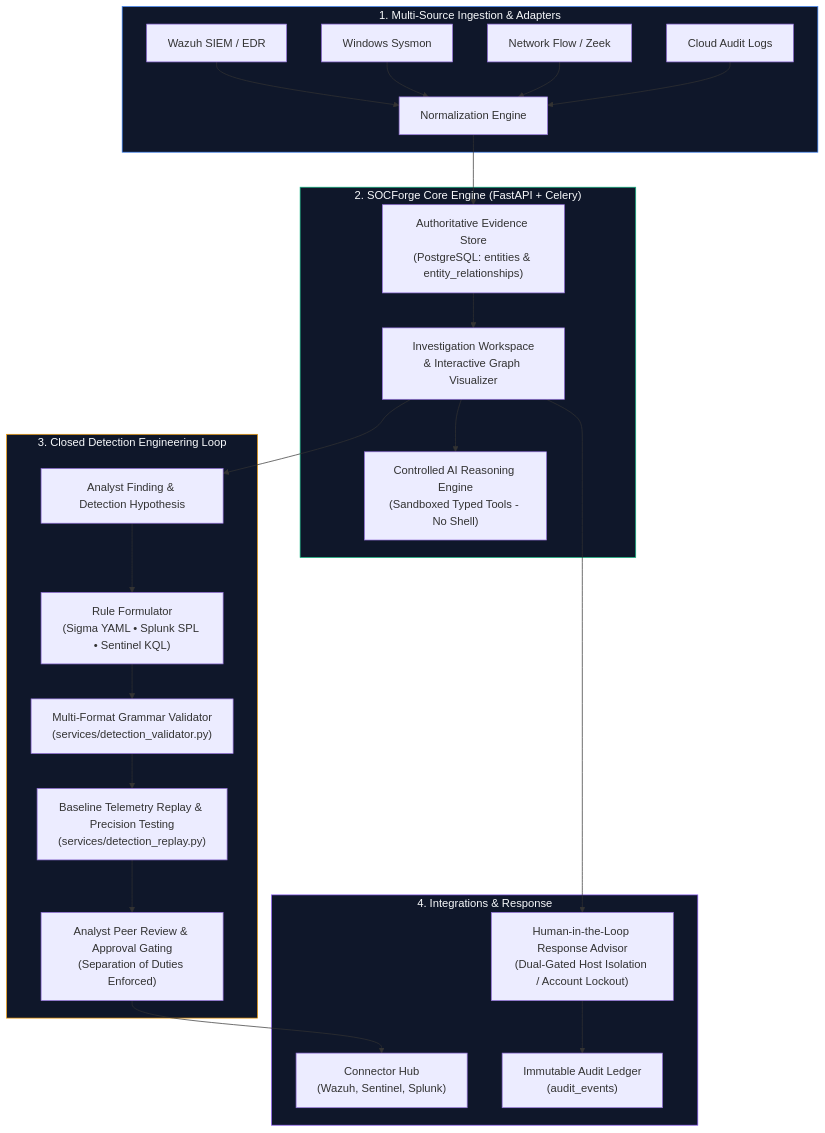
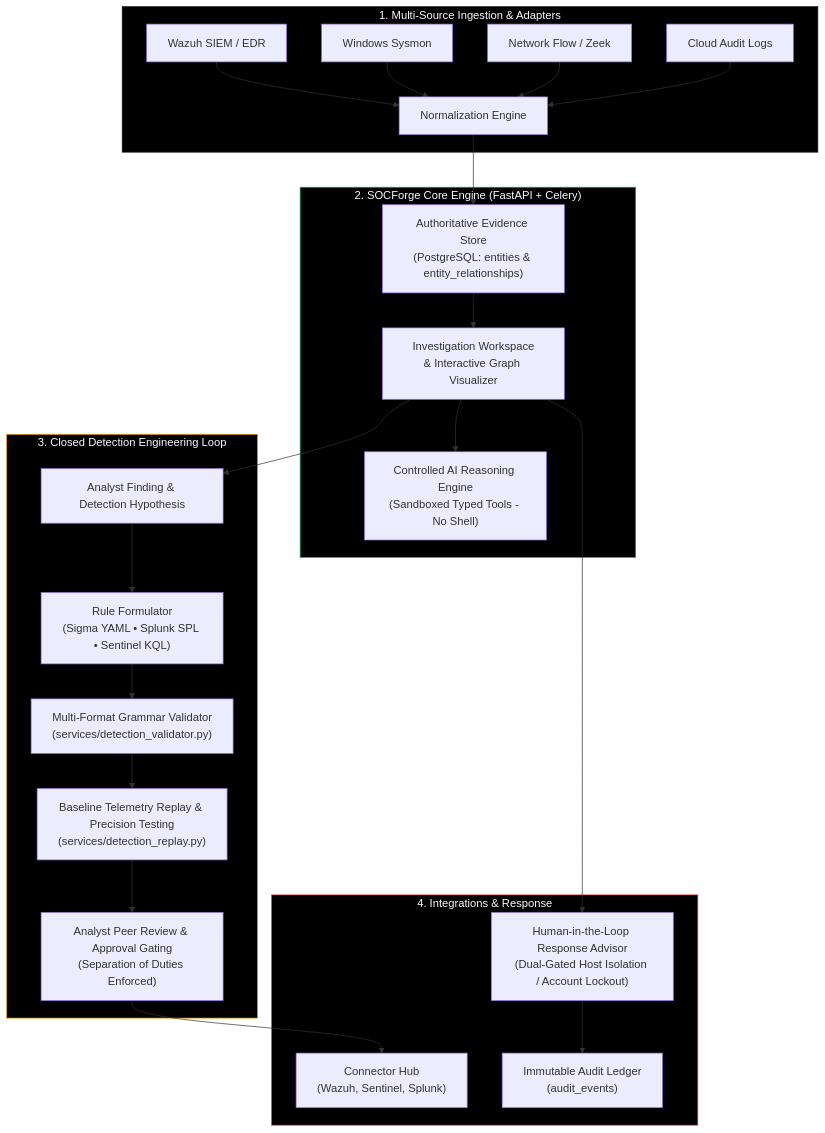
The first of 2 diagrams in README.md (sandeepmothukuri/socforge), drawn with Mermaid before and after one commit. The commit also changed other lines of this file and 20 other files, not shown here.

````diff
--- a/README.md
+++ b/README.md
@@ -33,34 +34,34 @@
 ```mermaid
 flowchart TD
     subgraph Ingestion ["1. Multi-Source Ingestion & Adapters"]
         T1["Wazuh SIEM / EDR"] --> N["Normalization Engine"]
         T2["Windows Sysmon"] --> N
         T3["Network Flow / Zeek"] --> N
         T4["Cloud Audit Logs"] --> N
     end
 
     subgraph CoreEngine ["2. SOCForge Core Engine (FastAPI + Celery)"]
         N --> EV["Authoritative Evidence Store\n(PostgreSQL: entities & entity_relationships)"]
         EV --> INV["Investigation Workspace\n& Interactive Graph Visualizer"]
         INV --> AI["Controlled AI Reasoning Engine\n(Sandboxed Typed Tools - No Shell)"]
     end
 
     subgraph DetectionLifecycle ["3. Closed Detection Engineering Loop"]
         INV --> HYP["Analyst Finding & Detection Hypothesis"]
         HYP --> RUL["Rule Formulator\n(Sigma YAML • Splunk SPL • Sentinel KQL)"]
         RUL --> VAL["Multi-Format Grammar Validator\n(services/detection_validator.py)"]
         VAL --> REP["Baseline Telemetry Replay & Precision Testing\n(services/detection_replay.py)"]
         REP --> APP["Analyst Peer Review & Approval Gating\n(Separation of Duties Enforced)"]
     end
 
     subgraph Execution ["4. Integrations & Response"]
         APP --> HUB["Connector Hub\n(Wazuh, Sentinel, Splunk)"]
         INV --> RESP["Human-in-the-Loop Response Advisor\n(Dual-Gated Host Isolation / Account Lockout)"]
         RESP --> AUD["Immutable Audit Ledger\n(audit_events)"]
     end
 
-    style Ingestion fill:#0f172a,stroke:#3b82f6,stroke-width:1px,color:#f8fafc
-    style CoreEngine fill:#0f172a,stroke:#10b981,stroke-width:1px,color:#f8fafc
-    style DetectionLifecycle fill:#0f172a,stroke:#f59e0b,stroke-width:1px,color:#f8fafc
-    style Execution fill:#0f172a,stroke:#8b5cf6,stroke-width:1px,color:#f8fafc
+    style Ingestion fill:#000000,stroke:#262626,stroke-width:1px,color:#f8fafc
+    style CoreEngine fill:#000000,stroke:#10b981,stroke-width:1px,color:#f8fafc
+    style DetectionLifecycle fill:#000000,stroke:#f59e0b,stroke-width:1px,color:#f8fafc
+    style Execution fill:#000000,stroke:#ef4444,stroke-width:1px,color:#f8fafc
 ```
````
